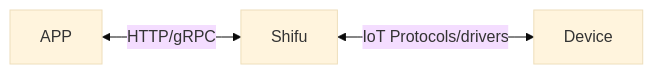
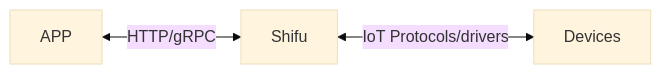
Before and after one commit to Edgenesis/shifu.dev: the diagram in docs/intro.md, drawn with Mermaid (base theme). The commit also changed other lines of this file and 9 other files, not shown here.

````diff
--- a/docs/intro.md
+++ b/docs/intro.md
@@ -28,5 +27,5 @@
 ```mermaid
 flowchart LR;
  APP<-->|HTTP/gRPC|Shifu;
-  Shifu<-->|IoT Protocols/drivers|Device;
+  Shifu<-->|IoT Protocols/drivers|Devices;
 ```
````
